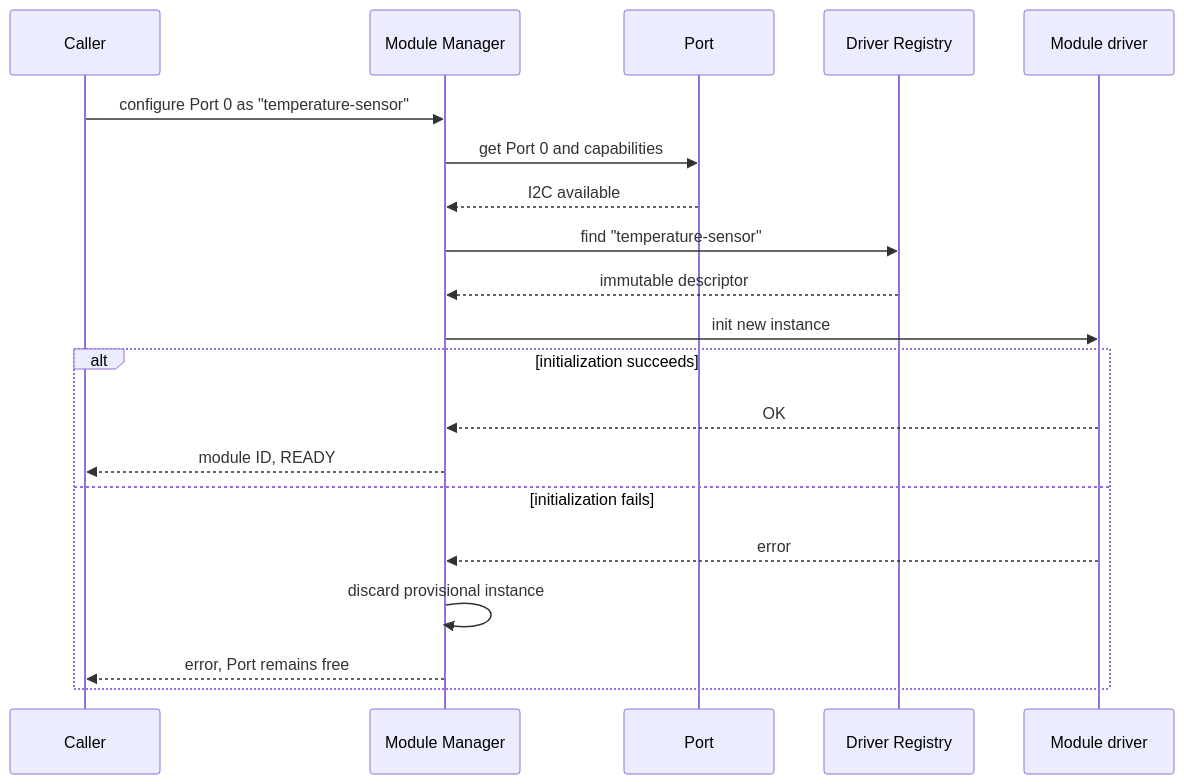
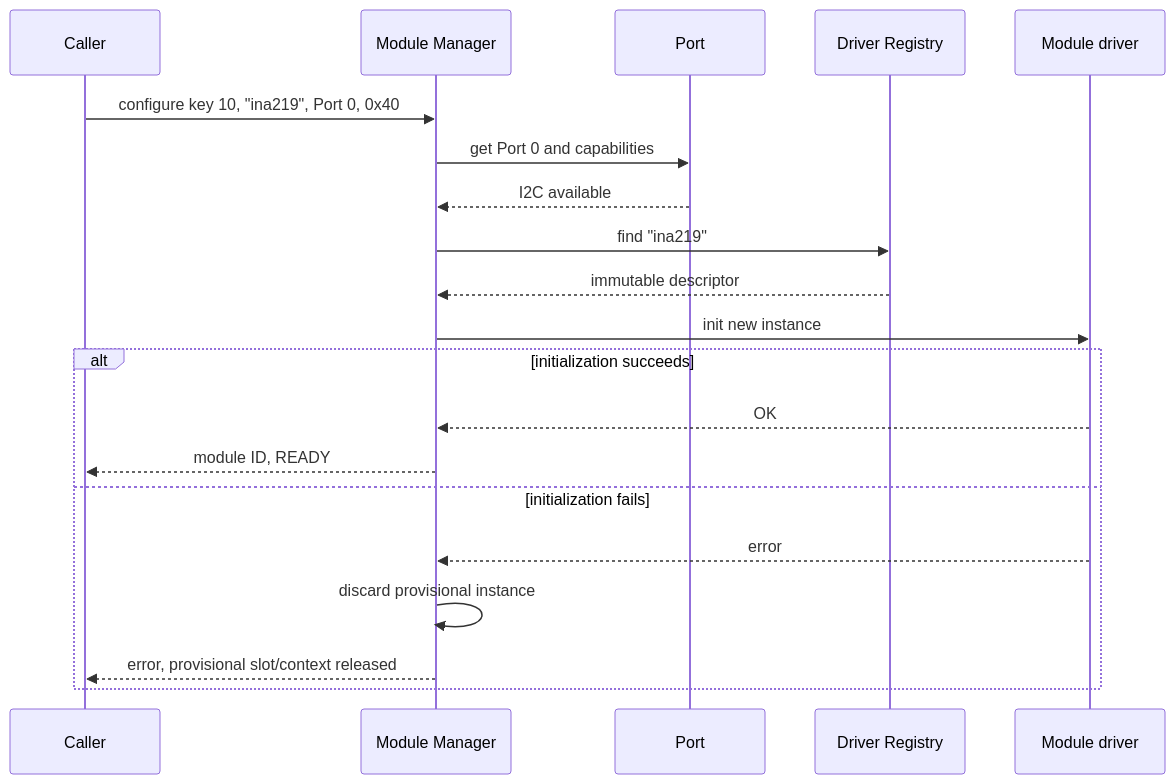
The ninth of 18 diagrams in Firmware/core/ARCHITECTURE.md (andreapiccini/SpaghettiLAB), drawn with Mermaid before and after one commit. The commit also changed other lines of this file and 62 other files, not shown here.

````diff
--- a/Firmware/core/ARCHITECTURE.md
+++ b/Firmware/core/ARCHITECTURE.md
@@ -415,23 +436,23 @@
 ```mermaid
 sequenceDiagram
     participant Caller
     participant Manager as Module Manager
     participant Port
     participant Registry as Driver Registry
     participant Driver as Module driver
 
-    Caller->>Manager: configure Port 0 as "temperature-sensor"
+    Caller->>Manager: configure key 10, "ina219", Port 0, 0x40
     Manager->>Port: get Port 0 and capabilities
     Port-->>Manager: I2C available
-    Manager->>Registry: find "temperature-sensor"
+    Manager->>Registry: find "ina219"
     Registry-->>Manager: immutable descriptor
     Manager->>Driver: init new instance
     alt initialization succeeds
         Driver-->>Manager: OK
         Manager-->>Caller: module ID, READY
     else initialization fails
         Driver-->>Manager: error
         Manager->>Manager: discard provisional instance
-        Manager-->>Caller: error, Port remains free
+        Manager-->>Caller: error, provisional slot/context released
     end
 ```
````
